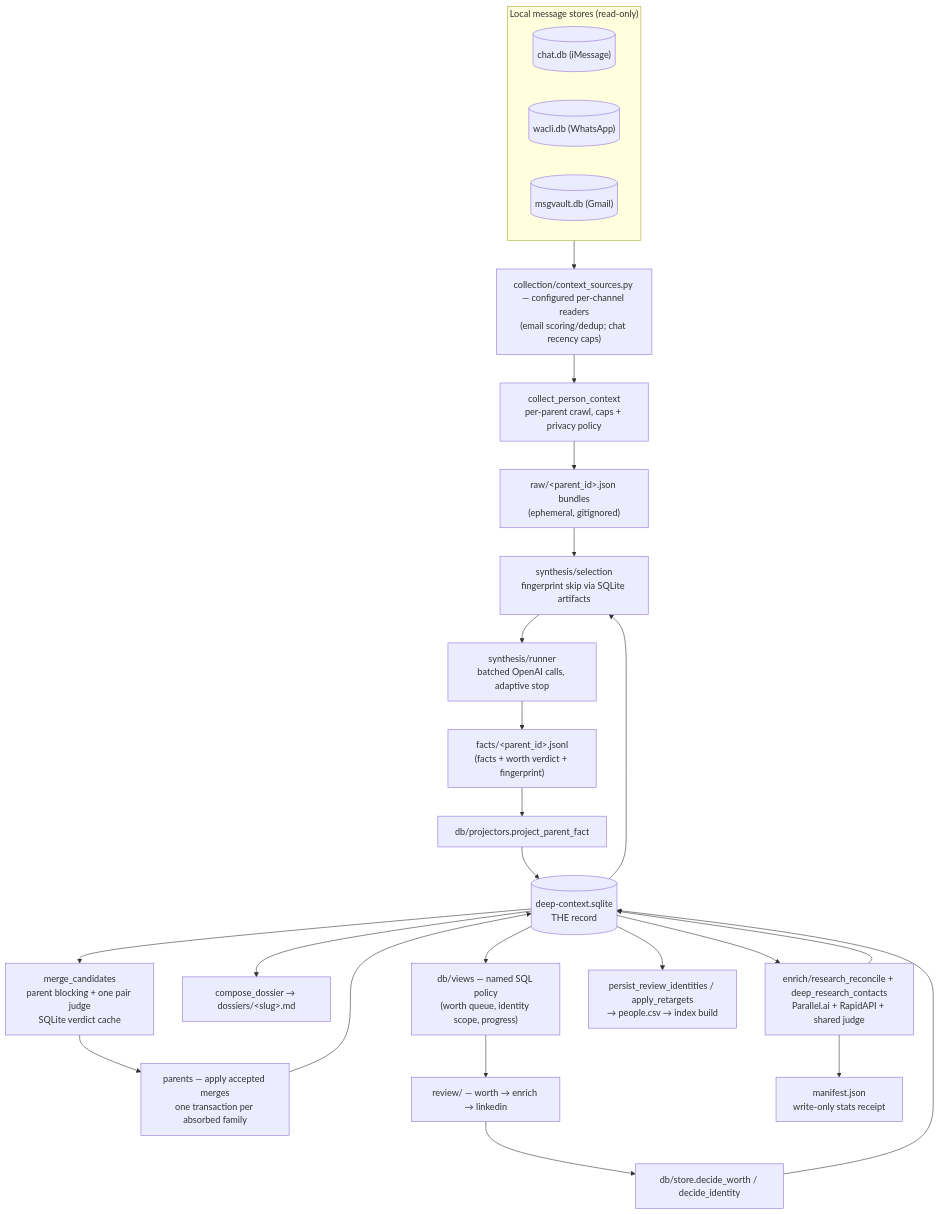
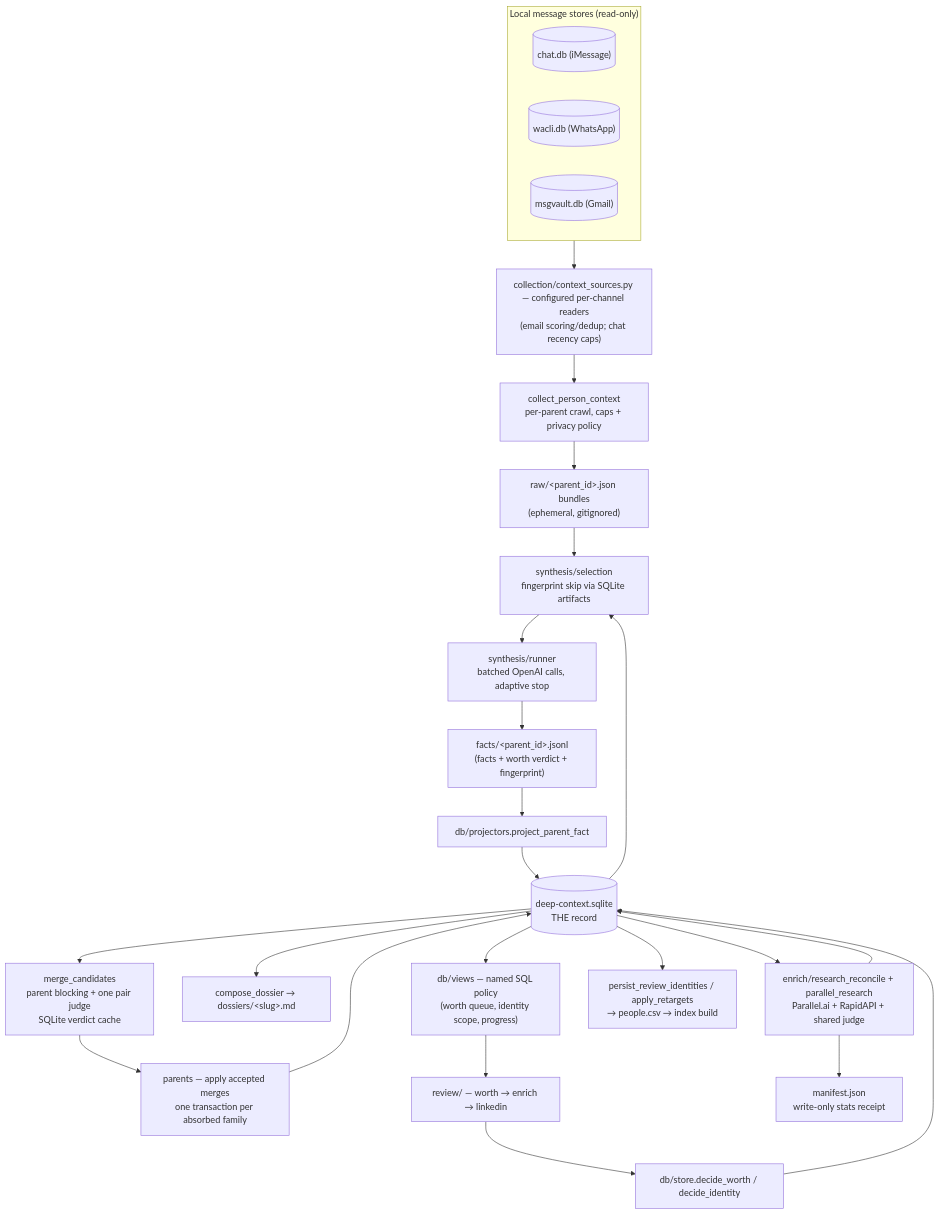
One commit to powerset-co/powerpacks changed the first of 3 diagrams in packs/ingestion/primitives/deep_context/README.md. Above: the diagram before and after it, drawn with Mermaid. The commit also changed 32 other files, not shown here.

````diff
--- a/packs/ingestion/primitives/deep_context/README.md
+++ b/packs/ingestion/primitives/deep_context/README.md
@@ -23,35 +23,35 @@
 ```mermaid
 flowchart TD
   subgraph stores["Local message stores (read-only)"]
     chatdb[("chat.db (iMessage)")]
     waclidb[("wacli.db (WhatsApp)")]
     msgvaultdb[("msgvault.db (Gmail)")]
   end
 
   stores --> readers["collection/context_sources.py — configured per-channel readers\n(email scoring/dedup; chat recency caps)"]
   readers --> collect["collect_person_context\nper-parent crawl, caps + privacy policy"]
   collect --> bundles["raw/&lt;parent_id&gt;.json bundles\n(ephemeral, gitignored)"]
 
   bundles --> select["synthesis/selection\nfingerprint skip via SQLite artifacts"]
   sqlite[("deep-context.sqlite\nTHE record")] --> select
   select --> runner["synthesis/runner\nbatched OpenAI calls, adaptive stop"]
   runner --> factsf["facts/&lt;parent_id&gt;.jsonl\n(facts + worth verdict + fingerprint)"]
   factsf --> pfacts["db/projectors.project_parent_fact"]
   pfacts --> sqlite
 
   sqlite --> cluster["merge_candidates\nparent blocking + one pair judge\nSQLite verdict cache"]
   cluster --> parents["parents — apply accepted merges\none transaction per absorbed family"]
   parents --> sqlite
   sqlite --> dossier["compose_dossier → dossiers/&lt;slug&gt;.md"]
 
   sqlite --> views["db/views — named SQL policy\n(worth queue, identity scope, progress)"]
   views --> web["review/ — worth → enrich → linkedin"]
   web --> decide["db/store.decide_worth / decide_identity"]
   decide --> sqlite
 
-  sqlite --> research["enrich/research_reconcile + deep_research_contacts\nParallel.ai + RapidAPI + shared judge"]
+  sqlite --> research["enrich/research_reconcile + parallel_research\nParallel.ai + RapidAPI + shared judge"]
   research --> receipt["manifest.json\nwrite-only stats receipt"]
   research --> sqlite
 
   sqlite --> realize["persist_review_identities / apply_retargets\n→ people.csv → index build"]
 ```
````
